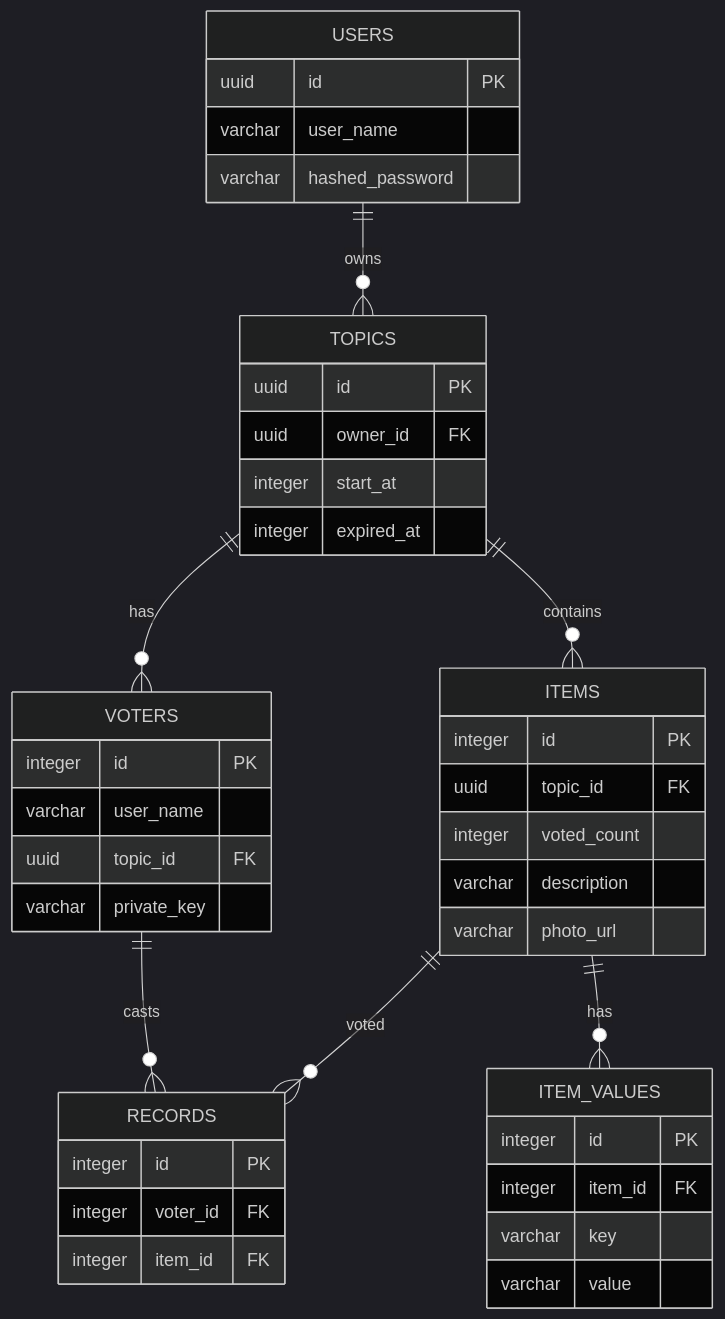
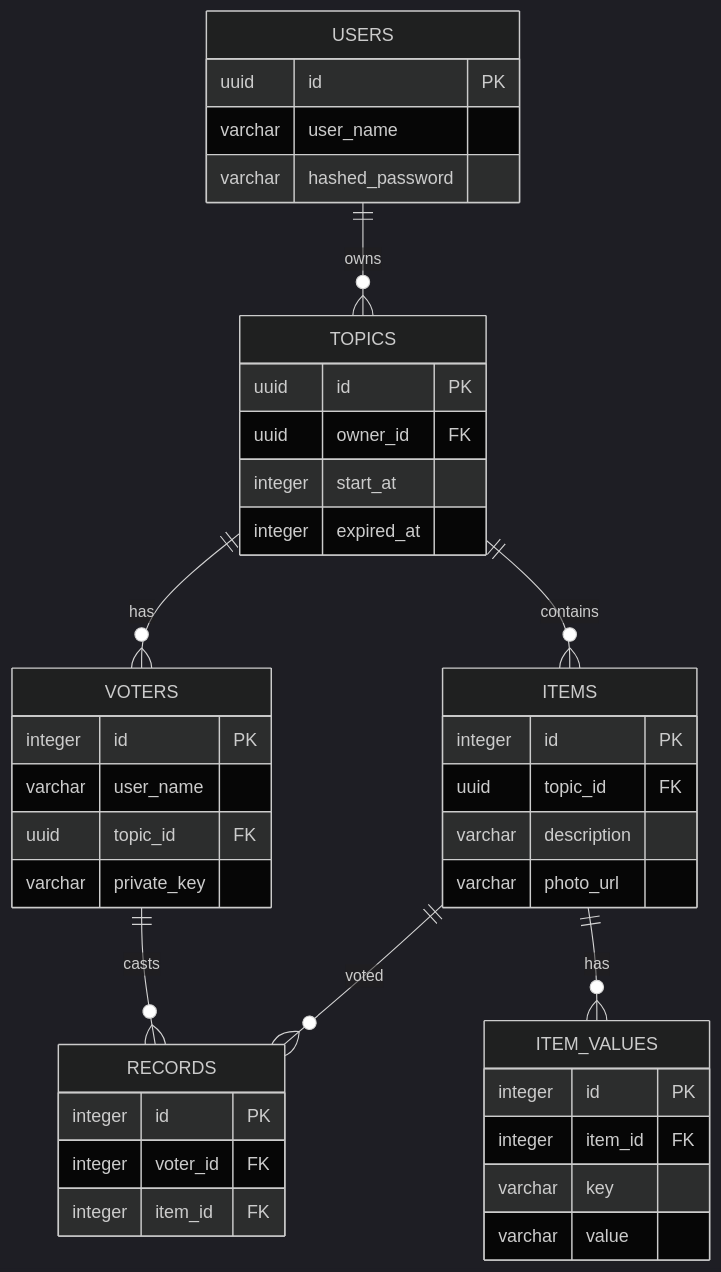
The diagram in docs/db_schema.md (zukigit/zukivote), drawn with Mermaid (dark theme) before and after one commit. The commit also changed other lines of this file, not shown here.

````diff
--- a/docs/db_schema.md
+++ b/docs/db_schema.md
@@ -5,50 +5,49 @@
 ```mermaid
 erDiagram
     USERS {
         uuid id PK
         varchar user_name
         varchar hashed_password
     }
 
     TOPICS {
         uuid id PK
         uuid owner_id FK
         integer start_at
         integer expired_at
     }
 
     VOTERS {
         integer id PK
         varchar user_name
         uuid topic_id FK
         varchar private_key
     }
 
     ITEMS {
         integer id PK
         uuid topic_id FK
-        integer voted_count
         varchar description
         varchar photo_url
     }
 
     ITEM_VALUES {
         integer id PK
         integer item_id FK
         varchar key
         varchar value
     }
 
     RECORDS {
         integer id PK
         integer voter_id FK
         integer item_id FK
     }
 
     USERS ||--o{ TOPICS : owns
     TOPICS ||--o{ VOTERS : has
     TOPICS ||--o{ ITEMS : contains
     ITEMS ||--o{ ITEM_VALUES : has
     VOTERS ||--o{ RECORDS : casts
     ITEMS ||--o{ RECORDS : voted
 ```
````
